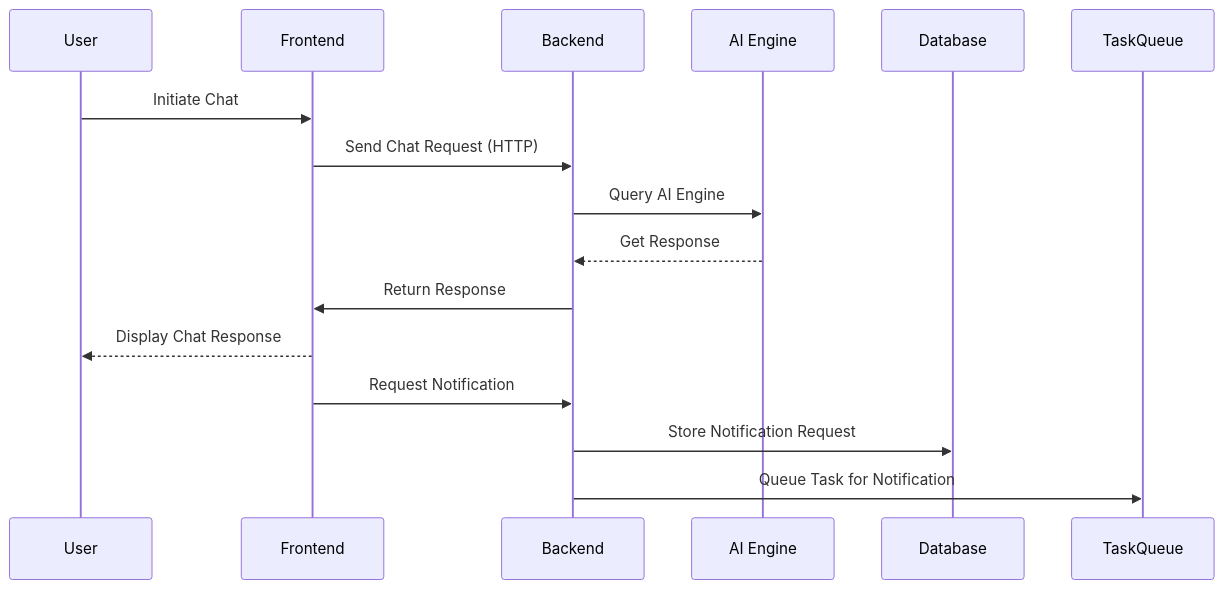
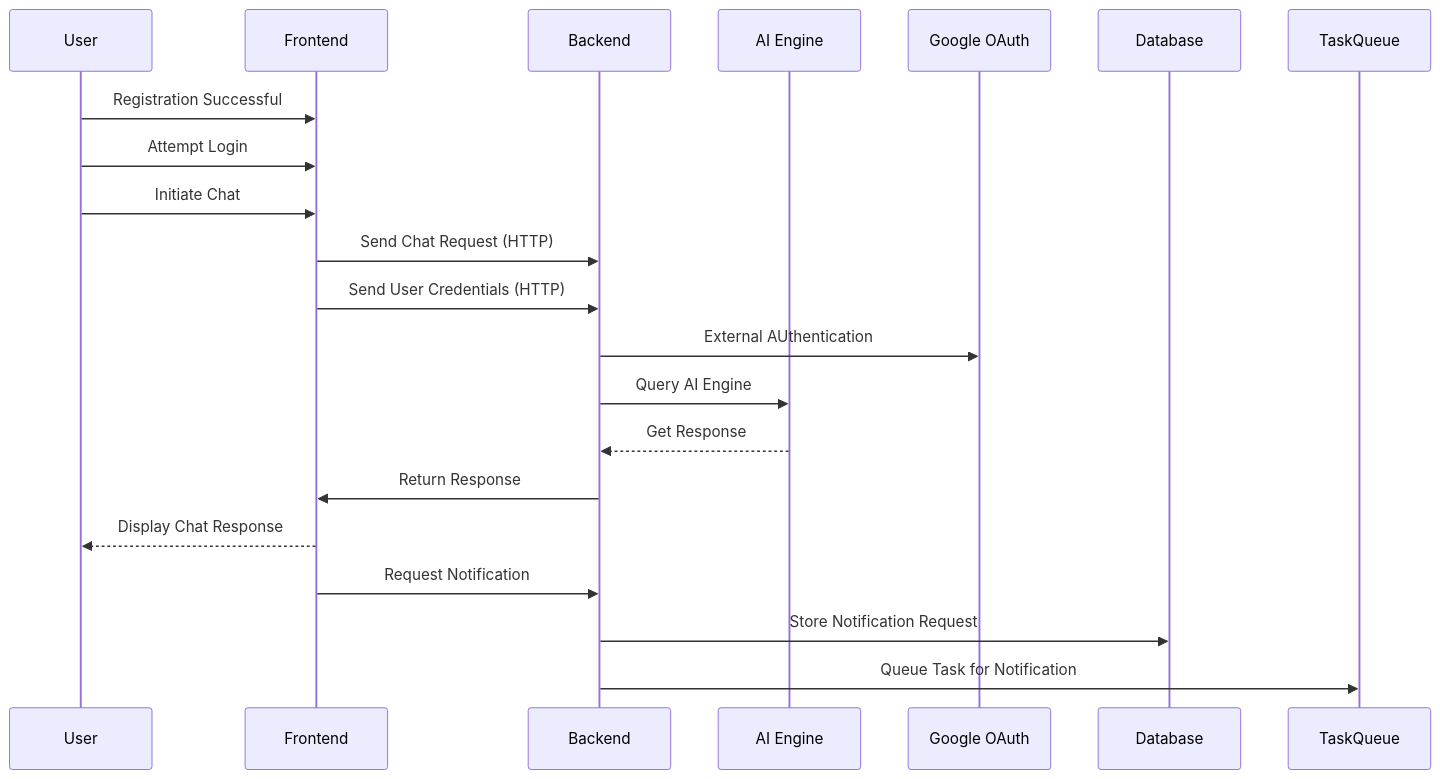
One commit to Joy-Ese/JayBank-Support-App changed the second of 2 diagrams in mermaid.md. Above: the diagram before and after it, drawn with Mermaid.

````diff
--- a/mermaid.md
+++ b/mermaid.md
@@ -23,20 +23,25 @@
 ``` mermaid
 sequenceDiagram
     participant U as User
     participant FE as Frontend
     participant BE as Backend
     participant AI as AI Engine
+    participant JWT as Google OAuth
     participant DB as Database
     participant Q as TaskQueue
 
+    U->>FE: Registration Successful
+    U->>FE: Attempt Login
     U->>FE: Initiate Chat
     FE->>BE: Send Chat Request (HTTP)
+    FE->>BE: Send User Credentials (HTTP)
+    BE->>JWT: External AUthentication
     BE->>AI: Query AI Engine
     AI-->>BE: Get Response
     BE->>FE: Return Response
     FE-->>U: Display Chat Response
 
     FE->>BE: Request Notification
     BE->>DB: Store Notification Request
     BE->>Q: Queue Task for Notification
 ```
````
